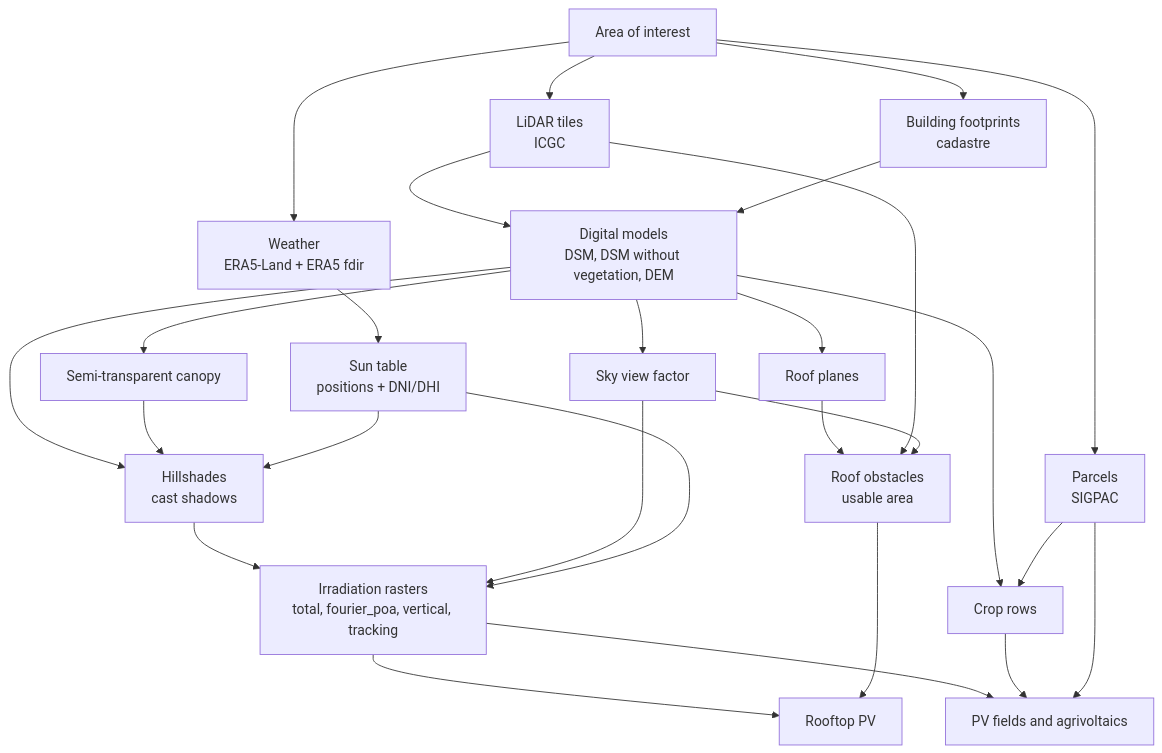
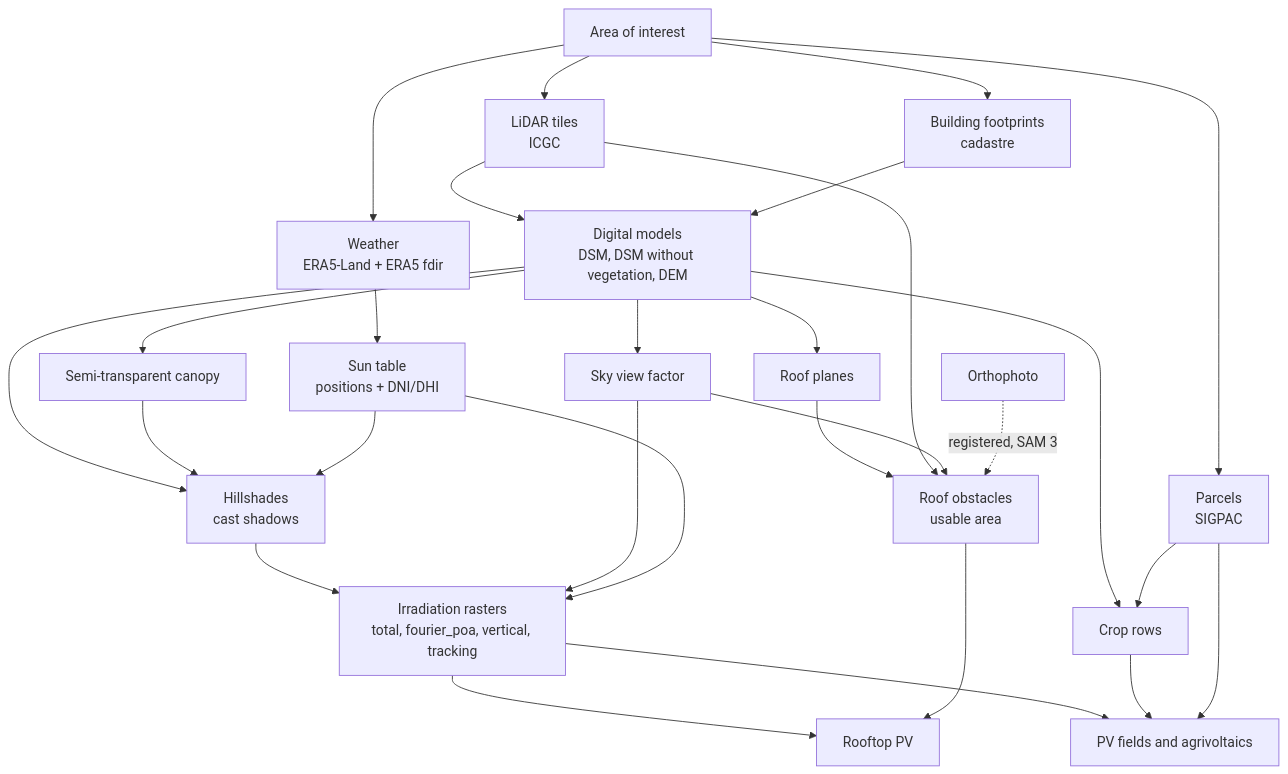
Before and after one commit to BeeGroup-cimne/greenshadow: the diagram in docs/README.md, drawn with Mermaid. The commit also changed other lines of this file and 30 other files, not shown here.

First line of the commit message:
Roof imagery: orthophoto, SAM 3, shadows and terraces (1.1.0)

````diff
--- a/docs/README.md
+++ b/docs/README.md
@@ -10,29 +10,30 @@
 ```mermaid
 flowchart TD
     A[Area of interest] --> W[Weather<br/>ERA5-Land + ERA5 fdir]
     A --> L[LiDAR tiles<br/>ICGC]
     A --> P[Parcels<br/>SIGPAC]
     A --> C[Building footprints<br/>cadastre]
     L --> DM[Digital models<br/>DSM, DSM without vegetation, DEM]
     C --> DM
     DM --> SVF[Sky view factor]
     DM --> CAN[Semi-transparent canopy]
     DM --> CR[Crop rows]
     P --> CR
     DM --> RF[Roof planes]
     RF --> OB[Roof obstacles<br/>usable area]
     L --> OB
     SVF --> OB
+    ORT[Orthophoto] -. registered, SAM 3 .-> OB
     W --> SUN[Sun table<br/>positions + DNI/DHI]
     DM --> HS[Hillshades<br/>cast shadows]
     CAN --> HS
     SUN --> HS
     HS --> E[Irradiation rasters<br/>total, fourier_poa, vertical, tracking]
     SVF --> E
     SUN --> E
     E --> RPV[Rooftop PV]
     OB --> RPV
     E --> PPV[PV fields and agrivoltaics]
     CR --> PPV
     P --> PPV
 ```
````
